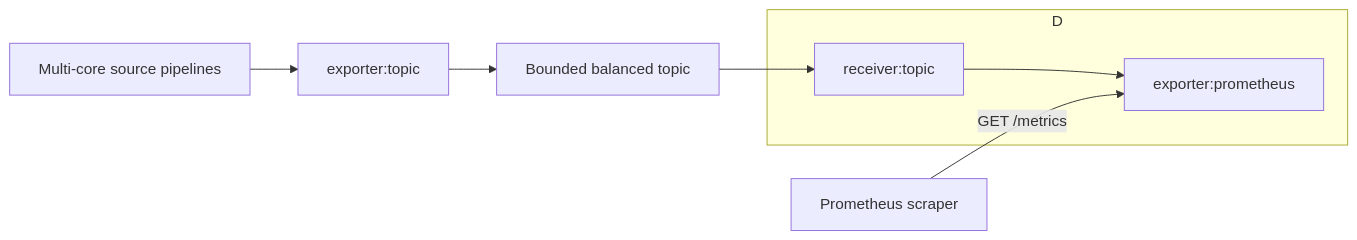
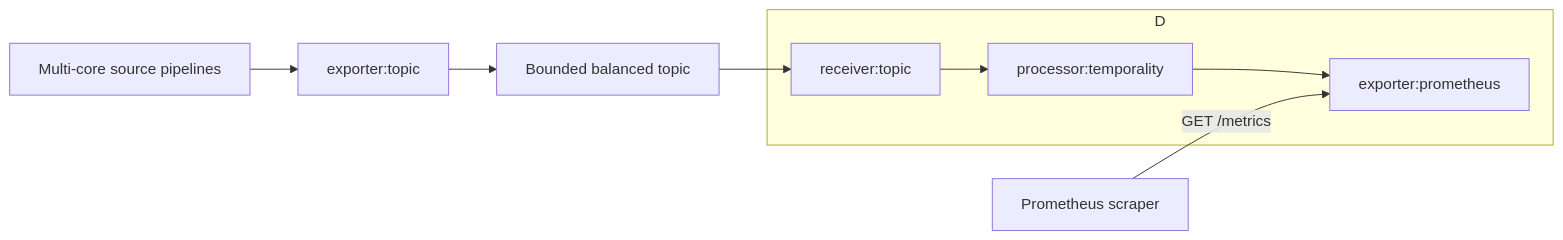
The diagram in rust/otap-dataflow/docs/rfc/0000-prometheus-exporter.md (open-telemetry/otel-arrow), drawn with Mermaid before and after one commit. The commit also changed other lines of this file and 1 other file, not shown here.

Commit message:
docs: separate Prometheus temporality processing

````diff
--- a/rust/otap-dataflow/docs/rfc/0000-prometheus-exporter.md
+++ b/rust/otap-dataflow/docs/rfc/0000-prometheus-exporter.md
@@ -107,16 +138,17 @@
 ```mermaid
 flowchart LR
     A[Multi-core source pipelines]
     B[exporter:topic]
     C[Bounded balanced topic]
     D[One-core sink pipeline]
     E[receiver:topic]
-    F[exporter:prometheus]
-    G[Prometheus scraper]
+    F[processor:temporality]
+    G[exporter:prometheus]
+    H[Prometheus scraper]
 
     A --> B --> C --> E
     subgraph D
-        E --> F
+        E --> F --> G
     end
-    G -->|GET /metrics| F
+    H -->|GET /metrics| G
 ```
````
